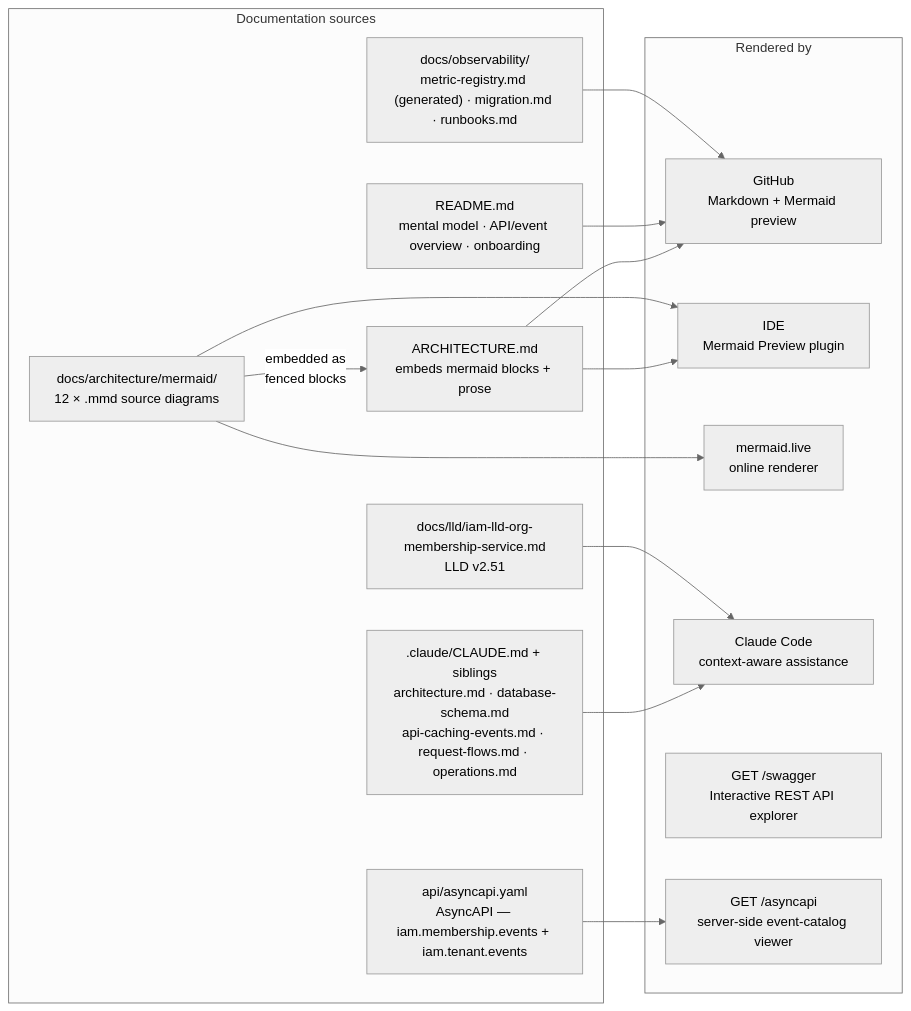
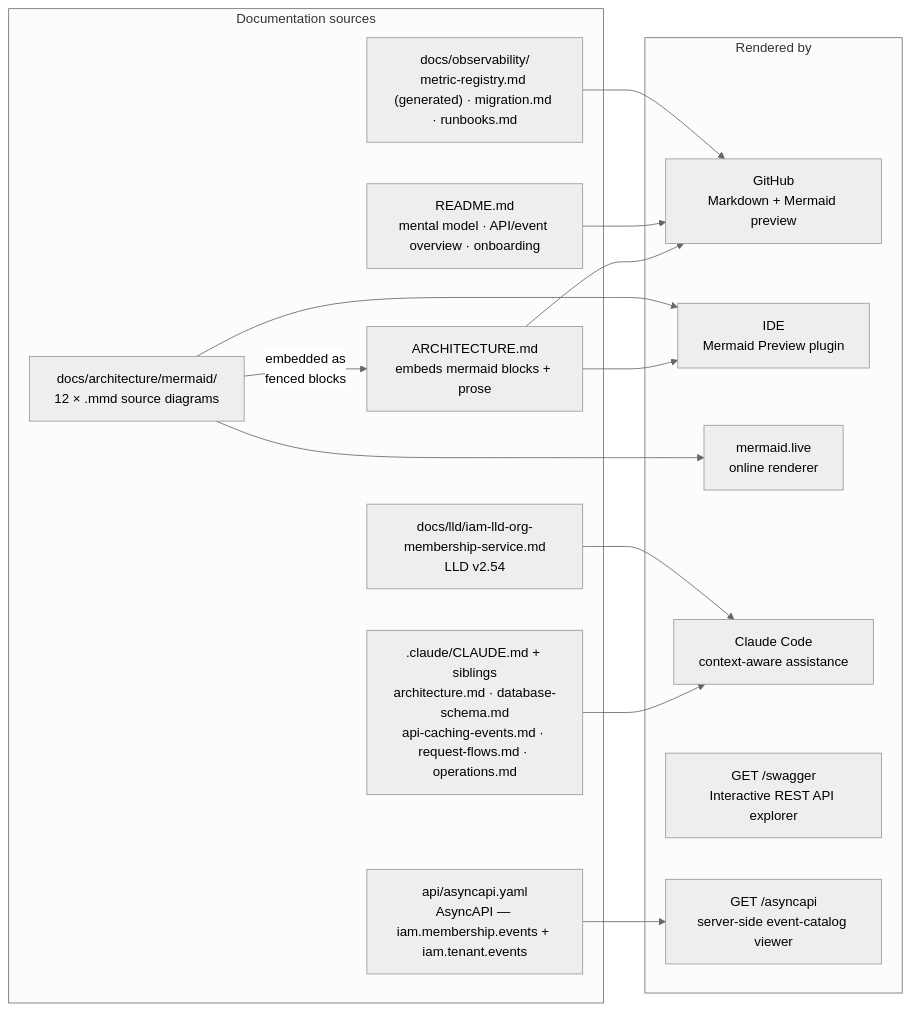
Before and after one commit to BCBP-SOLUTIONS-FZC-LLC/iam-org-membership: diagram 13 of 13 in ARCHITECTURE.md, drawn with Mermaid (neutral theme). The commit also changed other lines of this file and 75 other files, not shown here.

````diff
--- a/ARCHITECTURE.md
+++ b/ARCHITECTURE.md
@@ -1386,30 +1386,30 @@
 ```mermaid
 graph LR
     subgraph sources["Documentation sources"]
         mmd["docs/architecture/mermaid/\n12 × .mmd source diagrams"]
         arch["ARCHITECTURE.md\nembeds mermaid blocks + prose"]
         claude[".claude/CLAUDE.md + siblings\narchitecture.md · database-schema.md\napi-caching-events.md · request-flows.md · operations.md"]
         readme["README.md\nmental model · API/event overview · onboarding"]
         asyncapi_yaml["api/asyncapi.yaml\nAsyncAPI — iam.membership.events + iam.tenant.events"]
-        lld["docs/lld/iam-lld-org-membership-service.md\nLLD v2.51"]
+        lld["docs/lld/iam-lld-org-membership-service.md\nLLD v2.54"]
         obsdocs["docs/observability/\nmetric-registry.md (generated) · migration.md · runbooks.md"]
     end
 
     subgraph rendered["Rendered by"]
         github["GitHub\nMarkdown + Mermaid preview"]
         ide["IDE\nMermaid Preview plugin"]
         live["mermaid.live\nonline renderer"]
         claude_ai["Claude Code\ncontext-aware assistance"]
         swagger_viewer["GET /swagger\nInteractive REST API explorer"]
         asyncapi_viewer["GET /asyncapi\nserver-side event-catalog viewer"]
     end
 
     mmd  -->|"embedded as\nfenced blocks"| arch
     arch --> github & ide
     mmd  --> live & ide
     claude --> claude_ai
     readme --> github
     lld --> claude_ai
     obsdocs --> github
     asyncapi_yaml --> asyncapi_viewer
 ```
````
